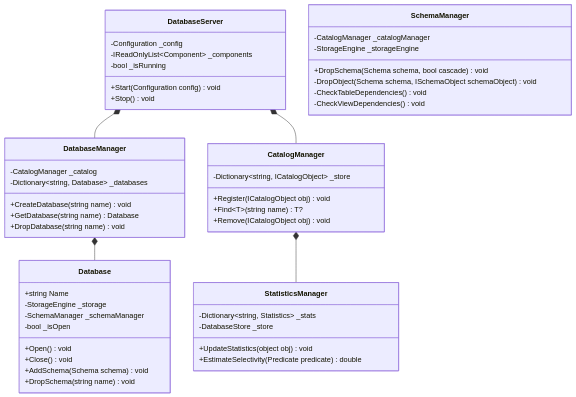
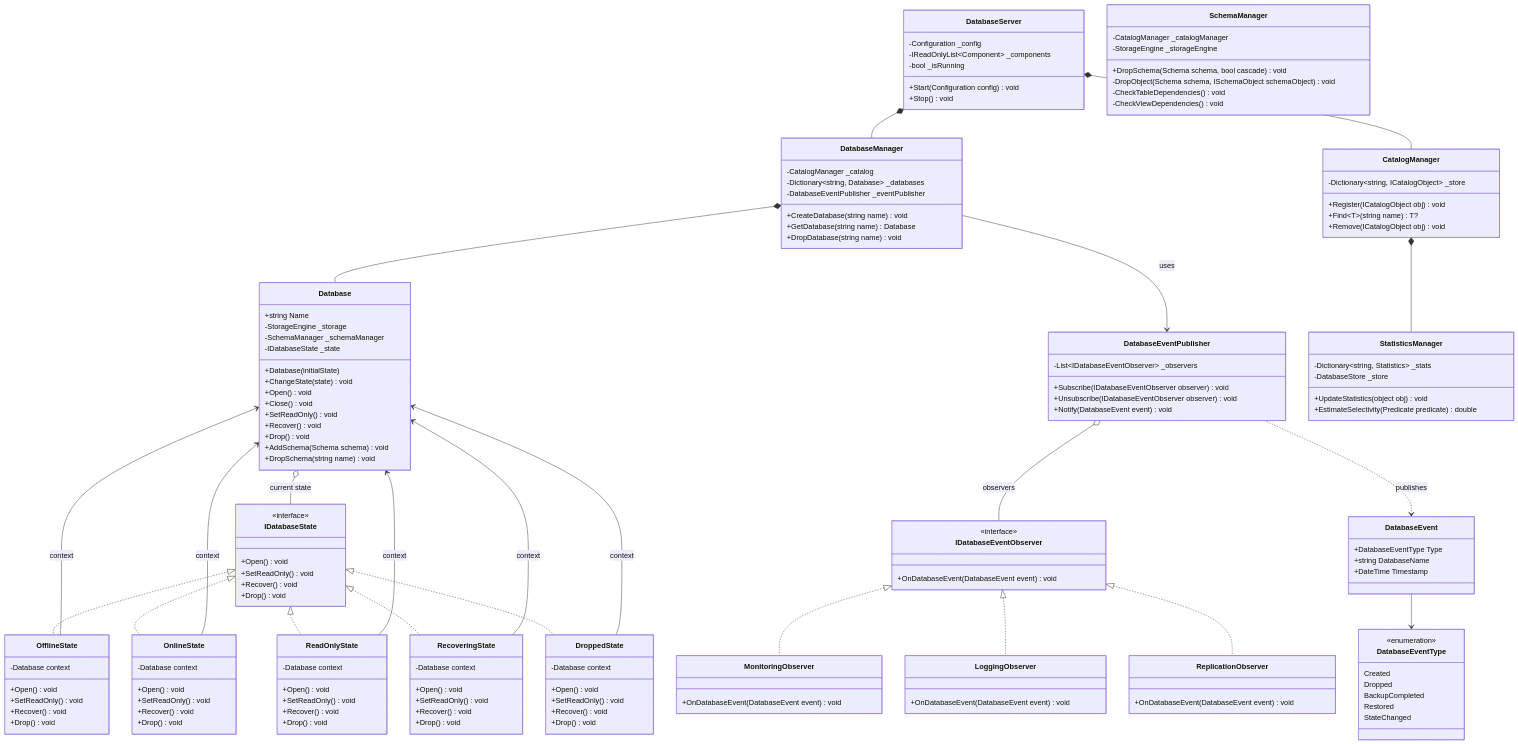
Before and after one commit to manaxpow/DBMS: the eighth of 52 diagrams in README.md, drawn with Mermaid. The commit also changed other lines of this file and 9 other files, not shown here.

````diff
--- a/README.md
+++ b/README.md
@@ -354,6 +354,7 @@
     class DatabaseManager {
         -CatalogManager _catalog
         -Dictionary~string, Database~ _databases
+        -DatabaseEventPublisher _eventPublisher
         +CreateDatabase(string name) void
         +GetDatabase(string name) Database
         +DropDatabase(string name) void
@@ -363,11 +364,103 @@
         +string Name
         -StorageEngine _storage
         -SchemaManager _schemaManager
-        -bool _isOpen
+        -IDatabaseState _state
+        +Database(initialState)
+        +ChangeState(state) void
         +Open() void
         +Close() void
+        +SetReadOnly() void
+        +Recover() void
+        +Drop() void
         +AddSchema(Schema schema) void
         +DropSchema(string name) void
+    }
+
+    class IDatabaseState {
+        <<interface>>
+        +Open() void
+        +SetReadOnly() void
+        +Recover() void
+        +Drop() void
+    }
+
+    class OfflineState {
+        -Database context
+        +Open() void
+        +SetReadOnly() void
+        +Recover() void
+        +Drop() void
+    }
+
+    class OnlineState {
+        -Database context
+        +Open() void
+        +SetReadOnly() void
+        +Recover() void
+        +Drop() void
+    }
+
+    class ReadOnlyState {
+        -Database context
+        +Open() void
+        +SetReadOnly() void
+        +Recover() void
+        +Drop() void
+    }
+
+    class RecoveringState {
+        -Database context
+        +Open() void
+        +SetReadOnly() void
+        +Recover() void
+        +Drop() void
+    }
+
+    class DroppedState {
+        -Database context
+        +Open() void
+        +SetReadOnly() void
+        +Recover() void
+        +Drop() void
+    }
+
+    class DatabaseEventPublisher {
+        -List~IDatabaseEventObserver~ _observers
+        +Subscribe(IDatabaseEventObserver observer) void
+        +Unsubscribe(IDatabaseEventObserver observer) void
+        +Notify(DatabaseEvent event) void
+    }
+
+    class IDatabaseEventObserver {
+        <<interface>>
+        +OnDatabaseEvent(DatabaseEvent event) void
+    }
+
+    class MonitoringObserver {
+        +OnDatabaseEvent(DatabaseEvent event) void
+    }
+
+    class LoggingObserver {
+        +OnDatabaseEvent(DatabaseEvent event) void
+    }
+
+    class ReplicationObserver {
+        +OnDatabaseEvent(DatabaseEvent event) void
+    }
+
+    class DatabaseEvent {
+        +DatabaseEventType Type
+        +string DatabaseName
+        +DateTime Timestamp
+    }
+
+    class DatabaseEventType {
+        <<enumeration>>
+        Created
+        Dropped
+        BackupCompleted
+        Restored
+        StateChanged
     }
 
     class SchemaManager {
@@ -397,4 +490,25 @@
     DatabaseServer *-- CatalogManager
     DatabaseManager *-- Database
     CatalogManager *-- StatisticsManager
+
+    Database o-- IDatabaseState : current state
+    IDatabaseState <|.. OfflineState
+    IDatabaseState <|.. OnlineState
+    IDatabaseState <|.. ReadOnlyState
+    IDatabaseState <|.. RecoveringState
+    IDatabaseState <|.. DroppedState
+
+    OfflineState --> Database : context
+    OnlineState --> Database : context
+    ReadOnlyState --> Database : context
+    RecoveringState --> Database : context
+    DroppedState --> Database : context
+
+    DatabaseManager --> DatabaseEventPublisher : uses
+    DatabaseEventPublisher o-- IDatabaseEventObserver : observers
+    IDatabaseEventObserver <|.. MonitoringObserver
+    IDatabaseEventObserver <|.. LoggingObserver
+    IDatabaseEventObserver <|.. ReplicationObserver
+    DatabaseEventPublisher ..> DatabaseEvent : publishes
+    DatabaseEvent --> DatabaseEventType
 ```
````
